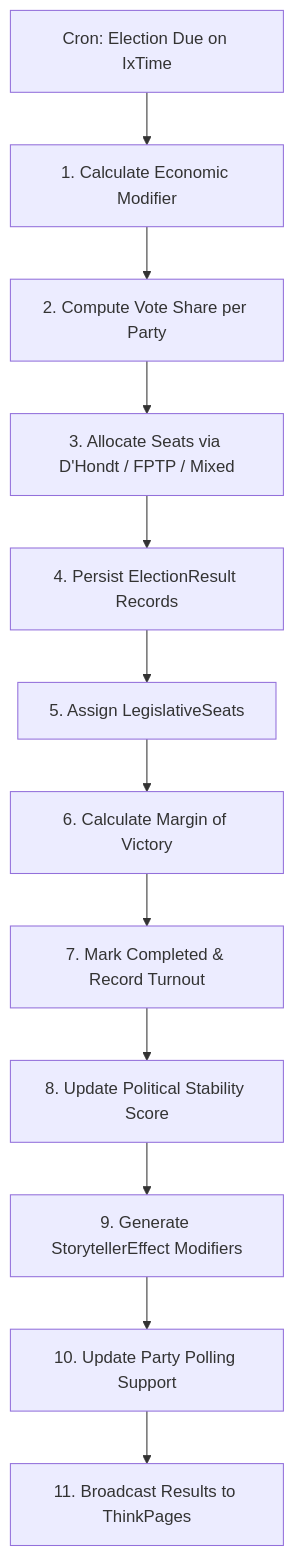
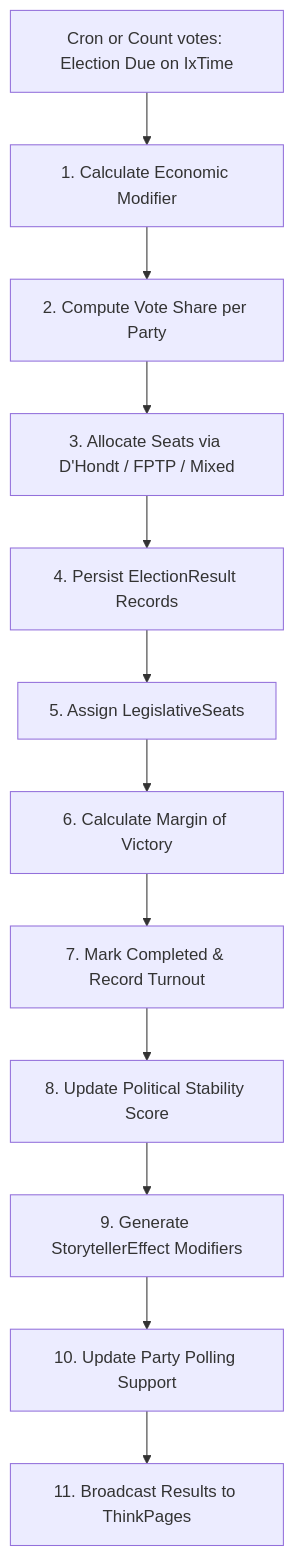
Before and after one commit to algolds/ixstats: the diagram in docs/systems/elections.md, drawn with Mermaid. The commit also changed other lines of this file and 1 other file, not shown here.

First line of the commit message:
docs(elections): describe the election lifecycle and sync API reference (MC-2)

````diff
--- a/docs/systems/elections.md
+++ b/docs/systems/elections.md
@@ -54,14 +76,14 @@
 ```mermaid
 graph TD
-    A[Cron: Election Due on IxTime] --> B[1. Calculate Economic Modifier]
+    A[Cron or Count votes: Election Due on IxTime] --> B[1. Calculate Economic Modifier]
     B --> C[2. Compute Vote Share per Party]
     C --> D[3. Allocate Seats via D'Hondt / FPTP / Mixed]
     D --> E[4. Persist ElectionResult Records]
     E --> F[5. Assign LegislativeSeats]
     F --> G[6. Calculate Margin of Victory]
     G --> H[7. Mark Completed & Record Turnout]
     H --> I[8. Update Political Stability Score]
     I --> J[9. Generate StorytellerEffect Modifiers]
     J --> K[10. Update Party Polling Support]
     K --> L[11. Broadcast Results to ThinkPages]
 ```
````
